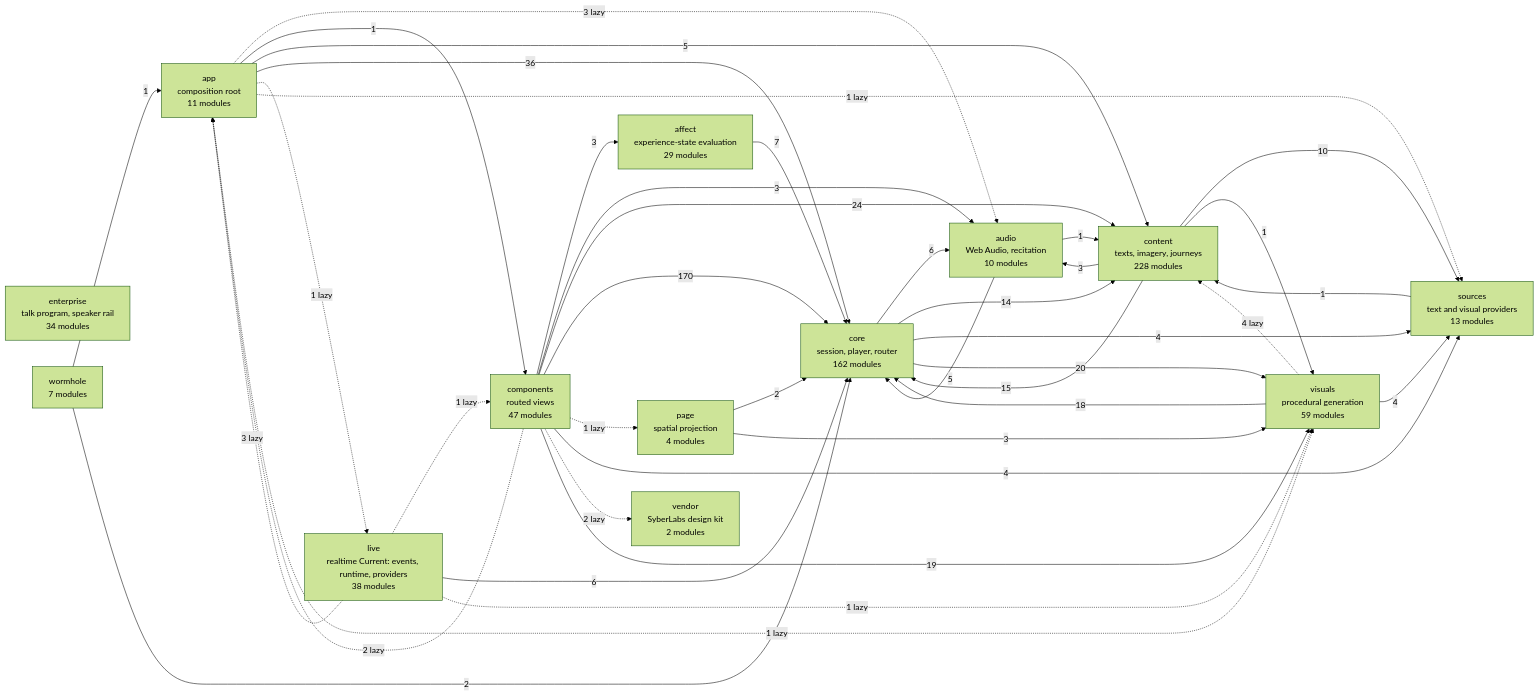
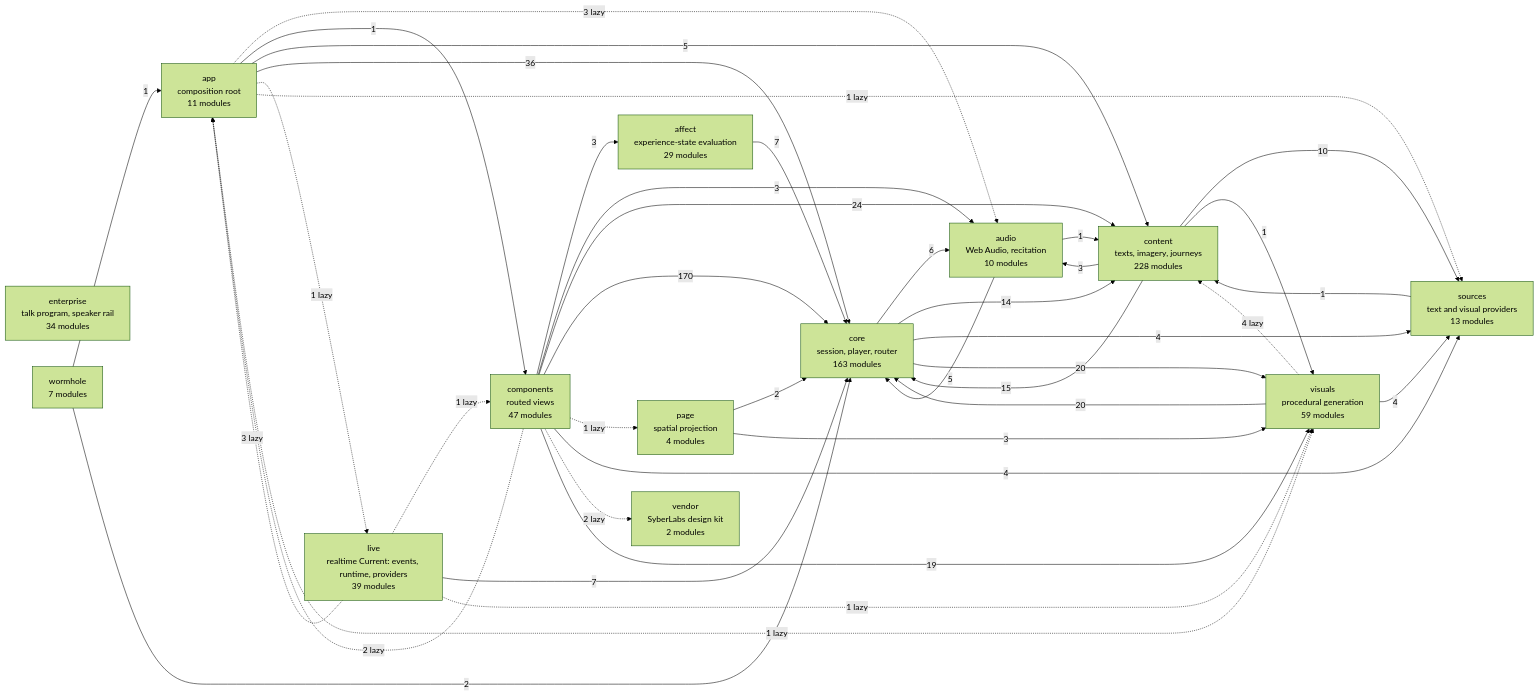
One commit to SyberLabs/RISE changed the diagram in docs/specs/ARCHITECTURE.md. Above: the diagram before and after it, drawn with Mermaid (forest theme). The commit also changed 21 other files, not shown here.

Commit message:
Rebase governed live visual control onto current main

````diff
--- a/docs/specs/ARCHITECTURE.md
+++ b/docs/specs/ARCHITECTURE.md
@@ -160,56 +160,56 @@
 ```mermaid
 flowchart LR
     affect["affect<br/>experience-state evaluation<br/>29 modules"]
     app["app<br/>composition root<br/>11 modules"]
     audio["audio<br/>Web Audio, recitation<br/>10 modules"]
     components["components<br/>routed views<br/>47 modules"]
     content["content<br/>texts, imagery, journeys<br/>228 modules"]
-    core["core<br/>session, player, router<br/>162 modules"]
+    core["core<br/>session, player, router<br/>163 modules"]
     enterprise["enterprise<br/>talk program, speaker rail<br/>34 modules"]
-    live["live<br/>realtime Current: events, runtime, providers<br/>38 modules"]
+    live["live<br/>realtime Current: events, runtime, providers<br/>39 modules"]
     page["page<br/>spatial projection<br/>4 modules"]
     sources["sources<br/>text and visual providers<br/>13 modules"]
     vendor["vendor<br/>SyberLabs design kit<br/>2 modules"]
     visuals["visuals<br/>procedural generation<br/>59 modules"]
     wormhole["wormhole<br/>7 modules"]
 
     affect --> |7| core
     app -.-> |3 lazy| audio
     app --> |1| components
     app --> |5| content
     app --> |36| core
     app -.-> |1 lazy| live
     app -.-> |1 lazy| sources
     app -.-> |1 lazy| visuals
     audio --> |1| content
     audio --> |5| core
     components --> |3| affect
     components -.-> |2 lazy| app
     components --> |3| audio
     components --> |24| content
     components --> |170| core
     components -.-> |1 lazy| page
     components --> |4| sources
     components -.-> |2 lazy| vendor
     components --> |19| visuals
     content --> |3| audio
     content --> |15| core
     content --> |10| sources
     content --> |1| visuals
     core --> |6| audio
     core --> |14| content
     core --> |4| sources
     core --> |20| visuals
     live -.-> |3 lazy| app
     live -.-> |1 lazy| components
-    live --> |6| core
+    live --> |7| core
     live -.-> |1 lazy| visuals
     page --> |2| core
     page --> |3| visuals
     sources --> |1| content
     visuals -.-> |4 lazy| content
-    visuals --> |18| core
+    visuals --> |20| core
     visuals --> |4| sources
     wormhole --> |1| app
     wormhole --> |2| core
 ```
````
